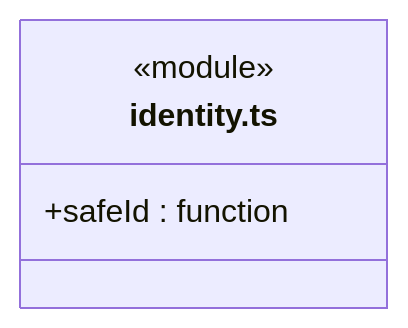
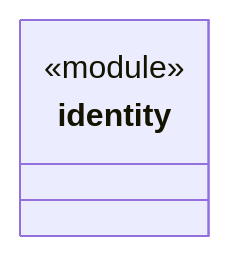
The diagram in src/logic/execution/ports/ARCHITECTURE.md (nan023062/cbim), drawn with Mermaid before and after one commit. The commit also changed other lines of this file and 158 other files, not shown here.

Commit message:
docs: model architecture through nested virtual encapsulations

````diff
--- a/src/logic/execution/ports/ARCHITECTURE.md
+++ b/src/logic/execution/ports/ARCHITECTURE.md
@@ -48,7 +19,7 @@
 ```mermaid
 classDiagram
-class N_src_logic_execution_ports_identity_ts["identity.ts"] {
+class N_dac7996fa6a5["identity"] {
   <<module>>
-  +safeId : function
 }
+click N_dac7996fa6a5 href "identity.ts"
 ```
````
